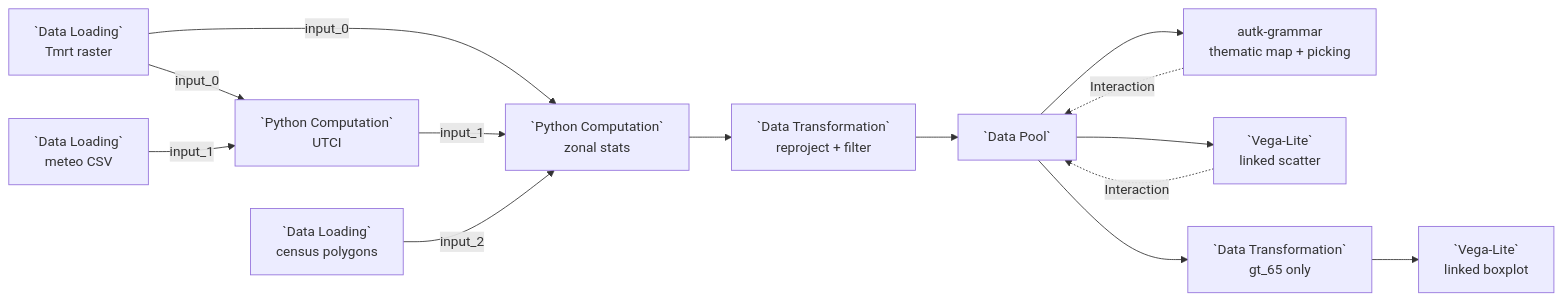
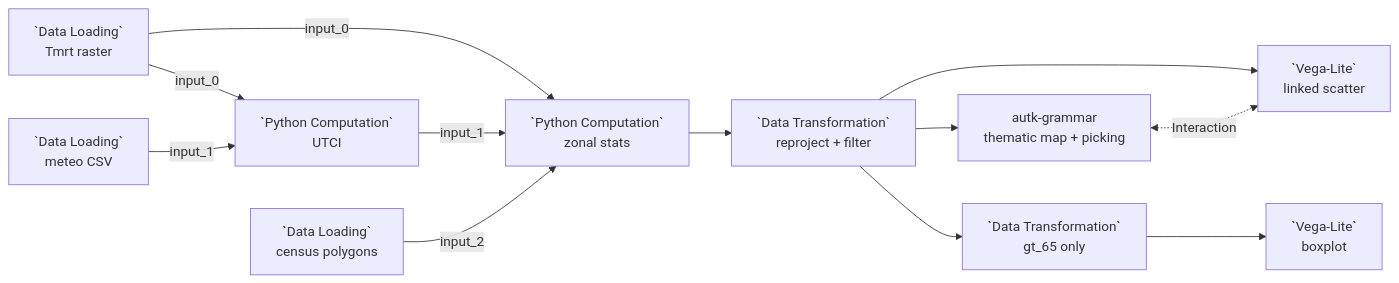
Before and after one commit to urban-toolkit/curio: the diagram in docs/examples/09-heterogeneous-data-linked-views.md, drawn with Mermaid. The commit also changed other lines of this file and 13 other files, not shown here.

Commit message:
Examples 07, 08 and 09 link their two views directly, with no Data Pool

````diff
--- a/docs/examples/09-heterogeneous-data-linked-views.md
+++ b/docs/examples/09-heterogeneous-data-linked-views.md
@@ -15,23 +15,20 @@
 ```mermaid
 flowchart LR
   R[`Data Loading`<br/>Tmrt raster]
   W[`Data Loading`<br/>meteo CSV]
   S[`Data Loading`<br/>census polygons]
 
   R -->|input_0| U[`Python Computation`<br/>UTCI]
   W -->|input_1| U
 
   R -->|input_0| Z[`Python Computation`<br/>zonal stats]
   U -->|input_1| Z
   S -->|input_2| Z
-  Z --> T[`Data Transformation`<br/>reproject + filter] --> P[`Data Pool`]
+  Z --> T[`Data Transformation`<br/>reproject + filter]
 
-  P --> M[autk-grammar<br/>thematic map + picking]
-  P --> SC[`Vega-Lite`<br/>linked scatter]
-  P --> BX[`Data Transformation`<br/>gt_65 only] --> BV[`Vega-Lite`<br/>linked boxplot]
+  T --> M[autk-grammar<br/>thematic map + picking]
+  T --> SC[`Vega-Lite`<br/>linked scatter]
+  T --> BX[`Data Transformation`<br/>gt_65 only] --> BV[`Vega-Lite`<br/>boxplot]
 
-  %% Brushing is routed back through the Data Pool, which re-fans the selection
-  %% to every downstream view - the views are not wired to each other.
-  M  -. Interaction .-> P
-  SC -. Interaction .-> P
+  M <-. Interaction .-> SC
 ```
````
